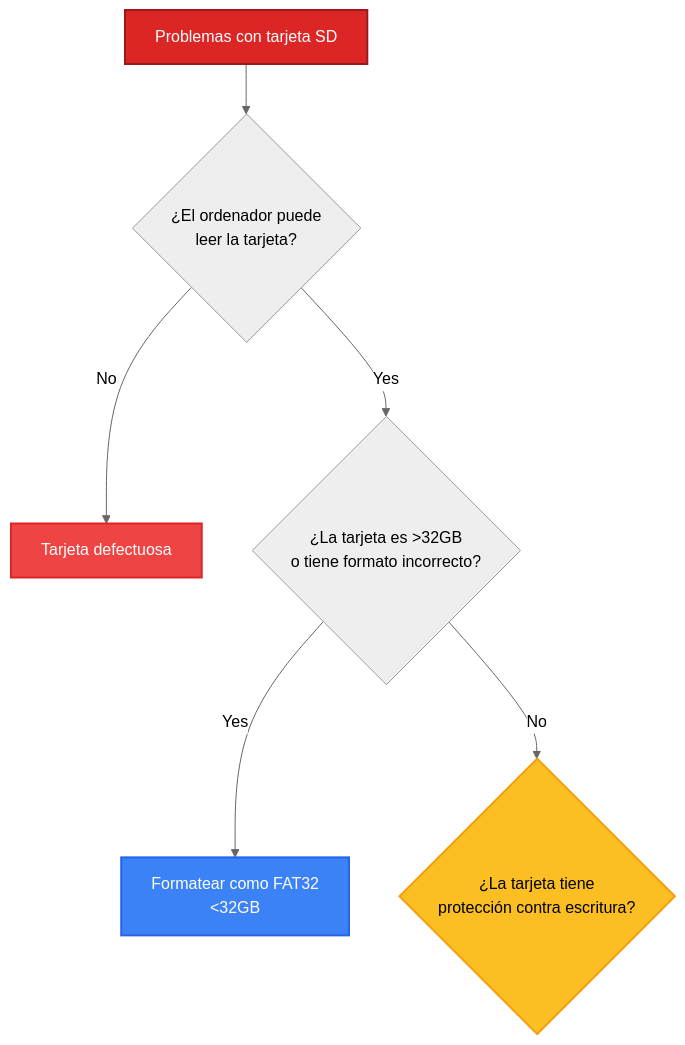
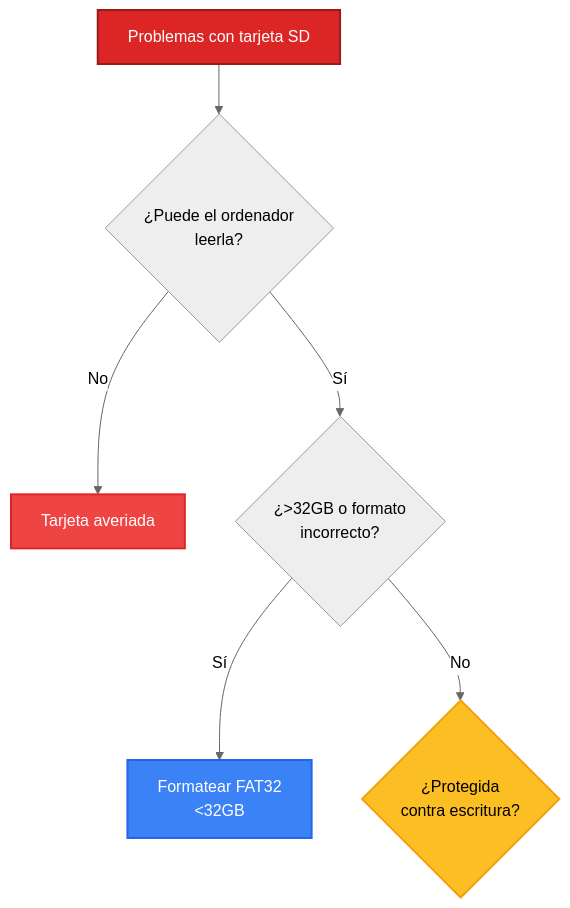
One commit to ICHydro/Riverlabs changed the fifth of 5 diagrams in docs/es/operation/troubleshooting/diagnostic-flowcharts.md. Above: the diagram before and after it, drawn with Mermaid (neutral theme). The commit also changed other lines of this file and 33 other files, not shown here.

````diff
--- a/docs/es/operation/troubleshooting/diagnostic-flowcharts.md
+++ b/docs/es/operation/troubleshooting/diagnostic-flowcharts.md
@@ -438,13 +438,13 @@
 ```mermaid
 flowchart TD
-    A[Problemas con tarjeta SD] --> B{¿El ordenador puede<br/>leer la tarjeta?}
-    B -->|No| C[Tarjeta defectuosa]
-    B -->|Yes| D{¿La tarjeta es >32GB<br/>o tiene formato incorrecto?}
-    D -->|Yes| E[Formatear como FAT32<br/><32GB]
-    D -->|No| F{¿La tarjeta tiene<br/>protección contra escritura?}
+    A[Problemas con tarjeta SD] --> B{¿Puede el ordenador<br/>leerla?}
+    B -->|No| C[Tarjeta averiada]
+    B -->|Sí| D{¿>32GB o formato<br/>incorrecto?}
+    D -->|Sí| E[Formatear FAT32<br/><32GB]
+    D -->|No| F{¿Protegida<br/>contra escritura?}
     
     style A fill:#dc2626,stroke:#991b1b,stroke-width:2px,color:#fff
     style C fill:#ef4444,stroke:#dc2626,stroke-width:2px,color:#fff
     style E fill:#3b82f6,stroke:#2563eb,stroke-width:2px,color:#fff
     style F fill:#fbbf24,stroke:#f59e0b,stroke-width:2px,color:#000
 ```
````
